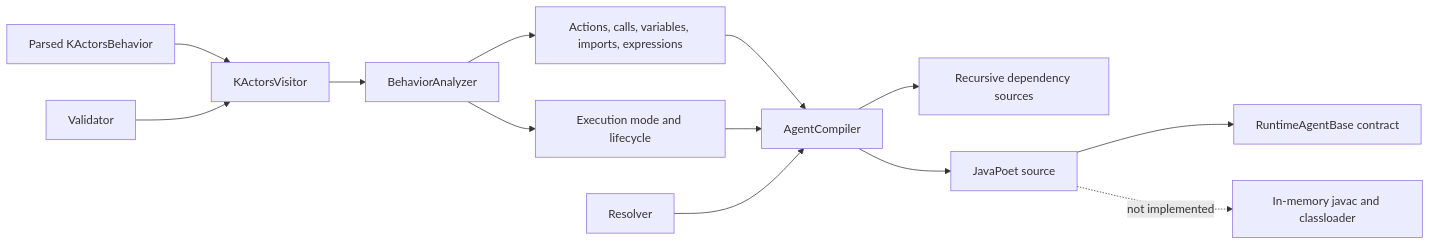
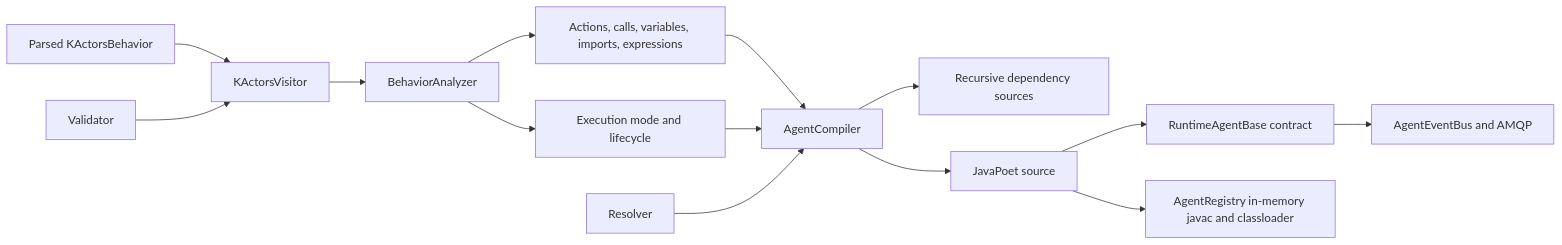
The diagram in AGENT_COMPILER.md (integratedmodelling/klab-services), drawn with Mermaid before and after one commit. The commit also changed other lines of this file and 21 other files, not shown here.

````diff
--- a/AGENT_COMPILER.md
+++ b/AGENT_COMPILER.md
@@ -37,15 +39,16 @@
 ```mermaid
 flowchart LR
     A[Parsed KActorsBehavior] --> B[KActorsVisitor]
     V[Validator] --> B
     B --> C[BehaviorAnalyzer]
     C --> D[Actions, calls, variables, imports, expressions]
     C --> E[Execution mode and lifecycle]
     D --> F[AgentCompiler]
     E --> F
     R[Resolver] --> F
     F --> G[Recursive dependency sources]
     F --> H[JavaPoet source]
     H --> I[RuntimeAgentBase contract]
-    H -. not implemented .-> J[In-memory javac and classloader]
+    H --> J[AgentRegistry in-memory javac and classloader]
+    I --> K[AgentEventBus and AMQP]
 ```
````
